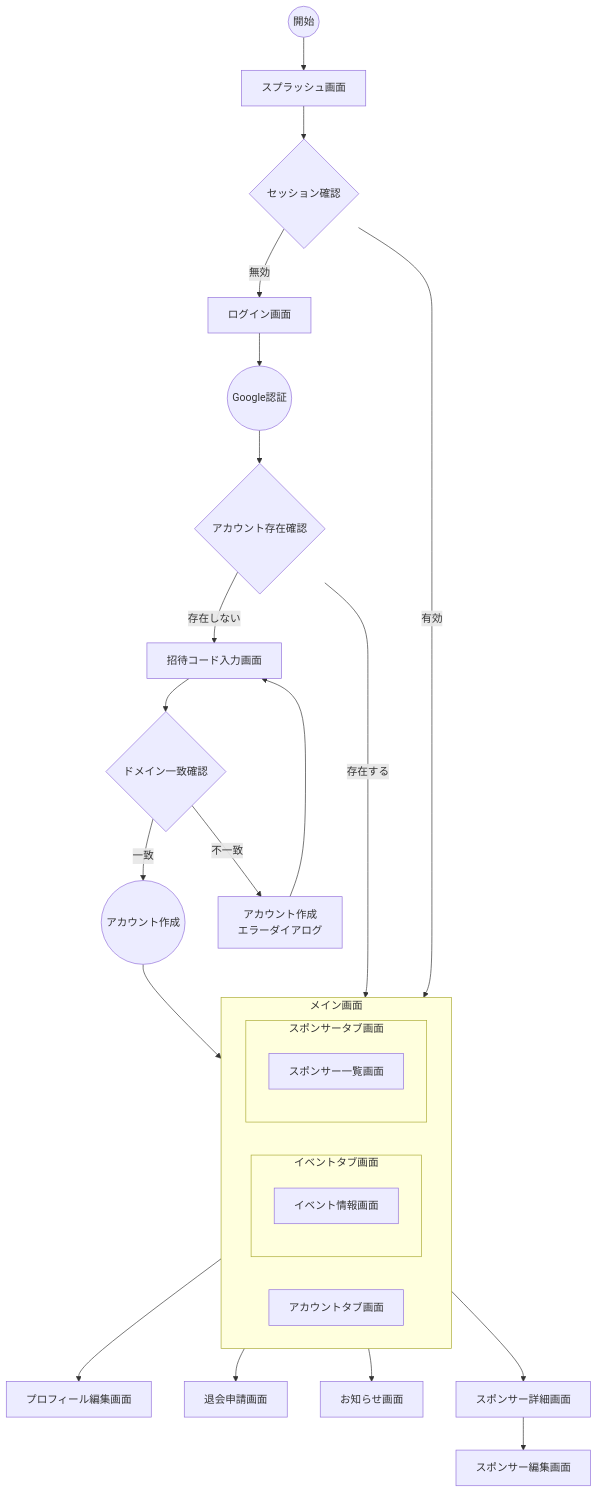
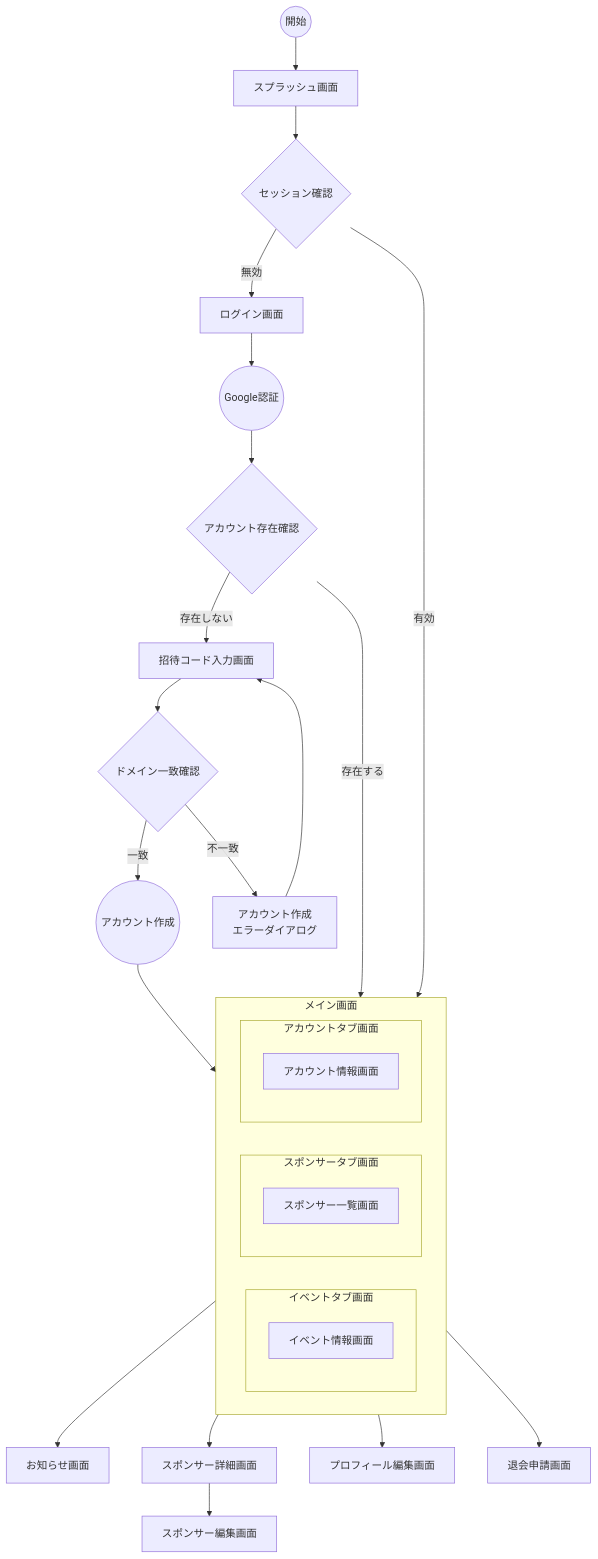
Before and after one commit to FlutterKaigi/2025: the diagram in docs/dashboard/SCREENS.md, drawn with Mermaid. The commit also changed other lines of this file, not shown here.

Commit message:
docs: アカウント情報画面をアカウントタブ画面の内包要素として追加

````diff
--- a/docs/dashboard/SCREENS.md
+++ b/docs/dashboard/SCREENS.md
@@ -52,41 +53,43 @@
 ```mermaid
 flowchart TD
     Start((開始)) --> Splash[スプラッシュ画面]
     Splash --> SessionCheck{セッション確認}
     SessionCheck --> |有効| EventTab[イベントタブ画面]
     SessionCheck --> |無効| Login[ログイン画面]
     
     %% 認証フロー
     Login --> GoogleAuth((Google認証))
     GoogleAuth --> AccountCheck{アカウント存在確認}
     AccountCheck --> |存在する| EventTab[イベントタブ画面]
     AccountCheck --> |存在しない| InvitationCode[招待コード入力画面]
     
     %% 新規登録フロー
     InvitationCode --> DomainCheck{ドメイン一致確認}
     DomainCheck --> |一致| CreateAccount((アカウント作成))
     DomainCheck --> |不一致| RegisterError[アカウント作成<br>エラーダイアログ]
     RegisterError --> InvitationCode
     CreateAccount --> EventTab
     
     %% メイン画面のタブ構成
     subgraph Main[メイン画面]
       direction LR
       subgraph EventTab[イベントタブ画面]
         EventInfo[イベント情報画面]
       end
       subgraph SponsorTab[スポンサータブ画面]
         SponsorList[スポンサー一覧画面]
       end
-      Account[アカウントタブ画面]
+      subgraph Account[アカウントタブ画面]
+        AccountInfo[アカウント情報画面]
+      end
     end
 
     EventTab --> News[お知らせ画面]
     
     SponsorTab --> SponsorDetail[スポンサー詳細画面]
     
     SponsorDetail --> SponsorEdit[スポンサー編集画面]
     
     Account --> Profile[プロフィール編集画面]
     Account --> Withdrawal[退会申請画面]
 ```
````
